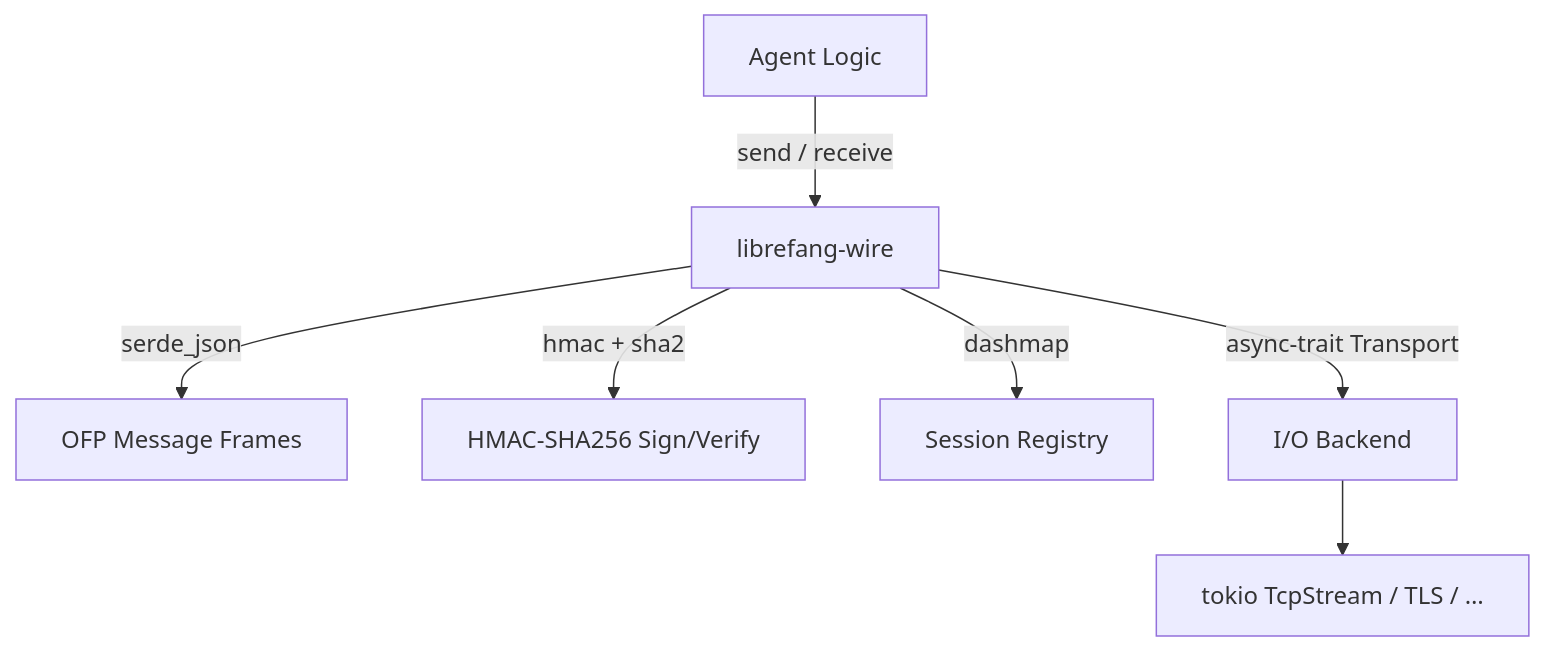
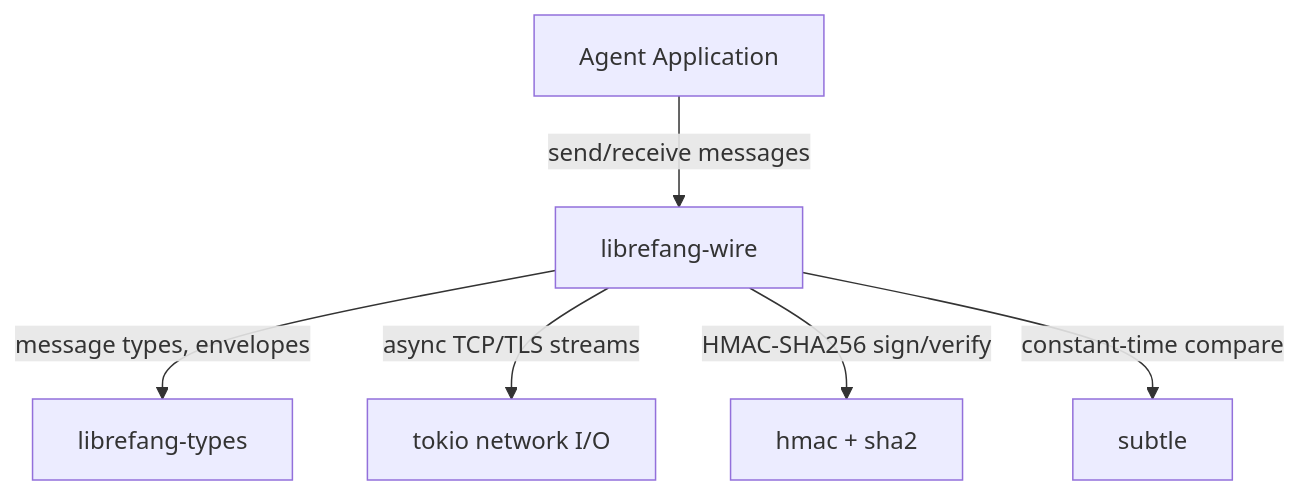
Before and after one commit to leszek3737/librefang-WIki: the diagram in other-librefang-wire.md, drawn with Mermaid. The commit also changed other lines of this file and 98 other files, not shown here.

````diff
--- a/other-librefang-wire.md
+++ b/other-librefang-wire.md
@@ -18,9 +15,8 @@
 ```mermaid
-flowchart TD
-    A[Agent Logic] -->|send / receive| B[librefang-wire]
-    B -->|serde_json| C[OFP Message Frames]
-    B -->|hmac + sha2| D[HMAC-SHA256 Sign/Verify]
-    B -->|dashmap| E[Session Registry]
-    B -->|async-trait Transport| F[I/O Backend]
-    F --> G[tokio TcpStream / TLS / …]
+graph TD
+    A[Agent Application] -->|send/receive messages| W[librefang-wire]
+    W -->|message types, envelopes| T[librefang-types]
+    W -->|async TCP/TLS streams| N[tokio network I/O]
+    W -->|HMAC-SHA256 sign/verify| C[hmac + sha2]
+    W -->|constant-time compare| S[subtle]
 ```
````
